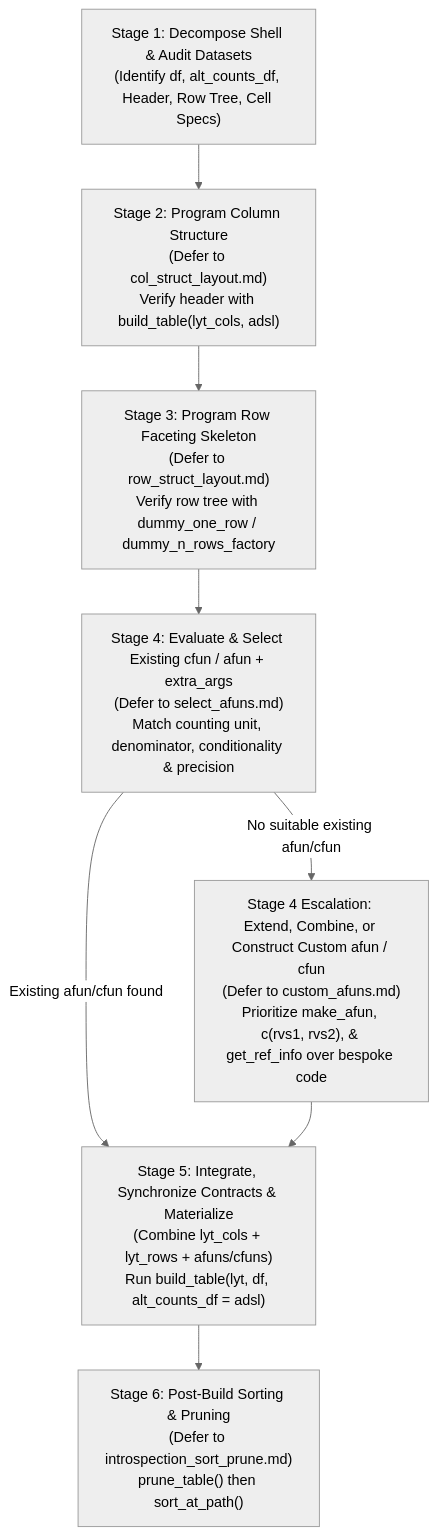
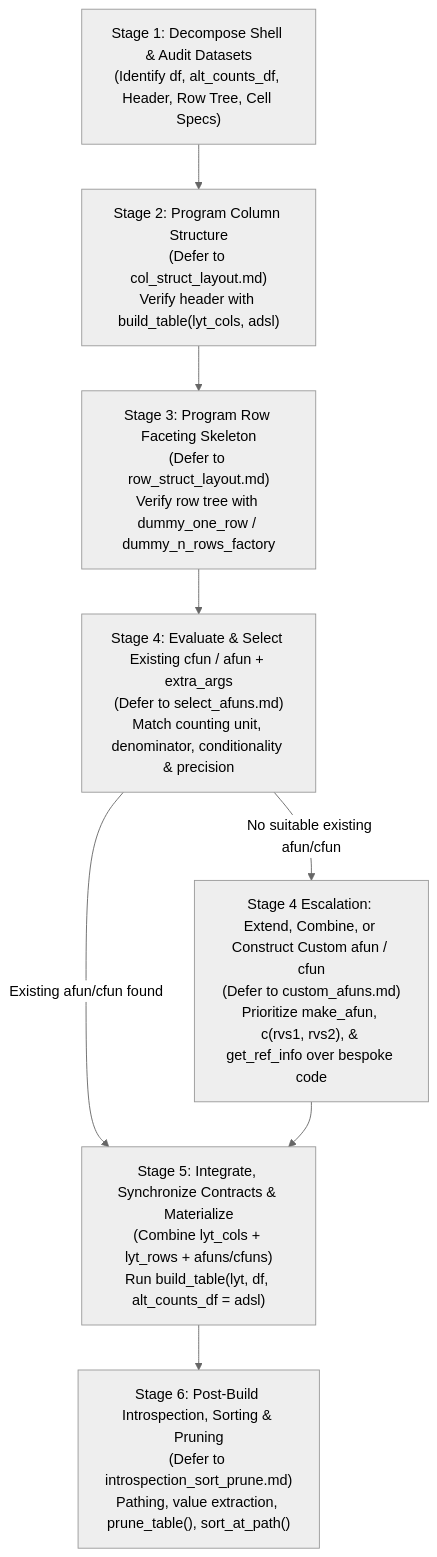
Before and after one commit to gmbecker/rtables_ai_skills: the diagram in rtables_junco_table_prog.md, drawn with Mermaid (neutral theme). The commit also changed other lines of this file and 11 other files, not shown here.

````diff
--- a/rtables_junco_table_prog.md
+++ b/rtables_junco_table_prog.md
@@ -49,14 +49,14 @@
 ```mermaid
 flowchart TD
     S1["Stage 1: Decompose Shell & Audit Datasets<br/>(Identify df, alt_counts_df, Header, Row Tree, Cell Specs)"]
     S2["Stage 2: Program Column Structure<br/>(Defer to col_struct_layout.md)<br/>Verify header with build_table(lyt_cols, adsl)"]
     S3["Stage 3: Program Row Faceting Skeleton<br/>(Defer to row_struct_layout.md)<br/>Verify row tree with dummy_one_row / dummy_n_rows_factory"]
     S4["Stage 4: Evaluate & Select Existing cfun / afun + extra_args<br/>(Defer to select_afuns.md)<br/>Match counting unit, denominator, conditionality & precision"]
     S4_ESC["Stage 4 Escalation: Extend, Combine, or Construct Custom afun / cfun<br/>(Defer to custom_afuns.md)<br/>Prioritize make_afun, c(rvs1, rvs2), & get_ref_info over bespoke code"]
     S5["Stage 5: Integrate, Synchronize Contracts & Materialize<br/>(Combine lyt_cols + lyt_rows + afuns/cfuns)<br/>Run build_table(lyt, df, alt_counts_df = adsl)"]
 
     S1 --> S2 --> S3 --> S4
     S4 -- "Existing afun/cfun found" --> S5
     S4 -- "No suitable existing afun/cfun" --> S4_ESC --> S5
-    S5 --> S6["Stage 6: Post-Build Sorting & Pruning<br/>(Defer to introspection_sort_prune.md)<br/>prune_table() then sort_at_path()"]
+    S5 --> S6["Stage 6: Post-Build Introspection, Sorting & Pruning<br/>(Defer to introspection_sort_prune.md)<br/>Pathing, value extraction, prune_table(), sort_at_path()"]
 ```
````
